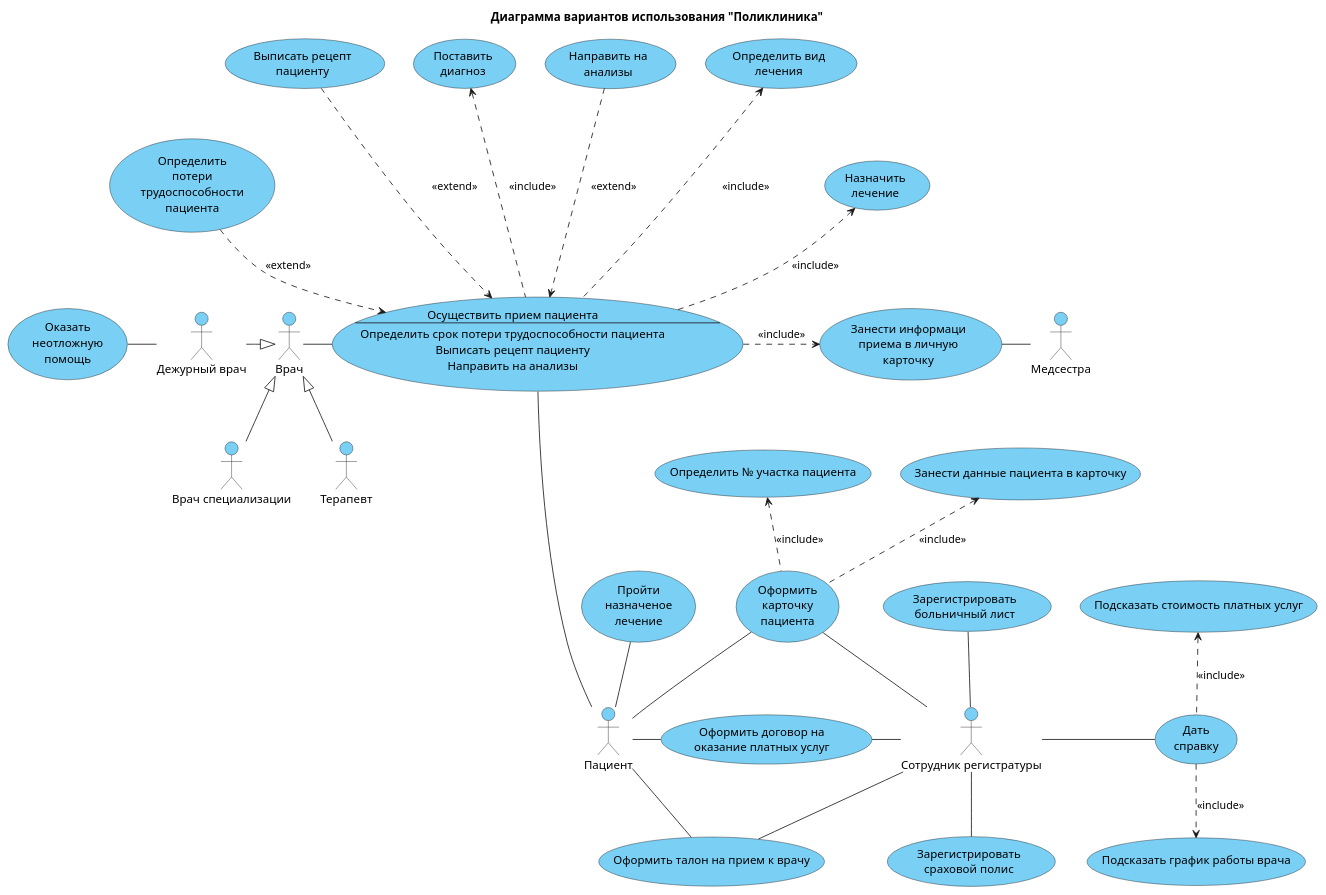
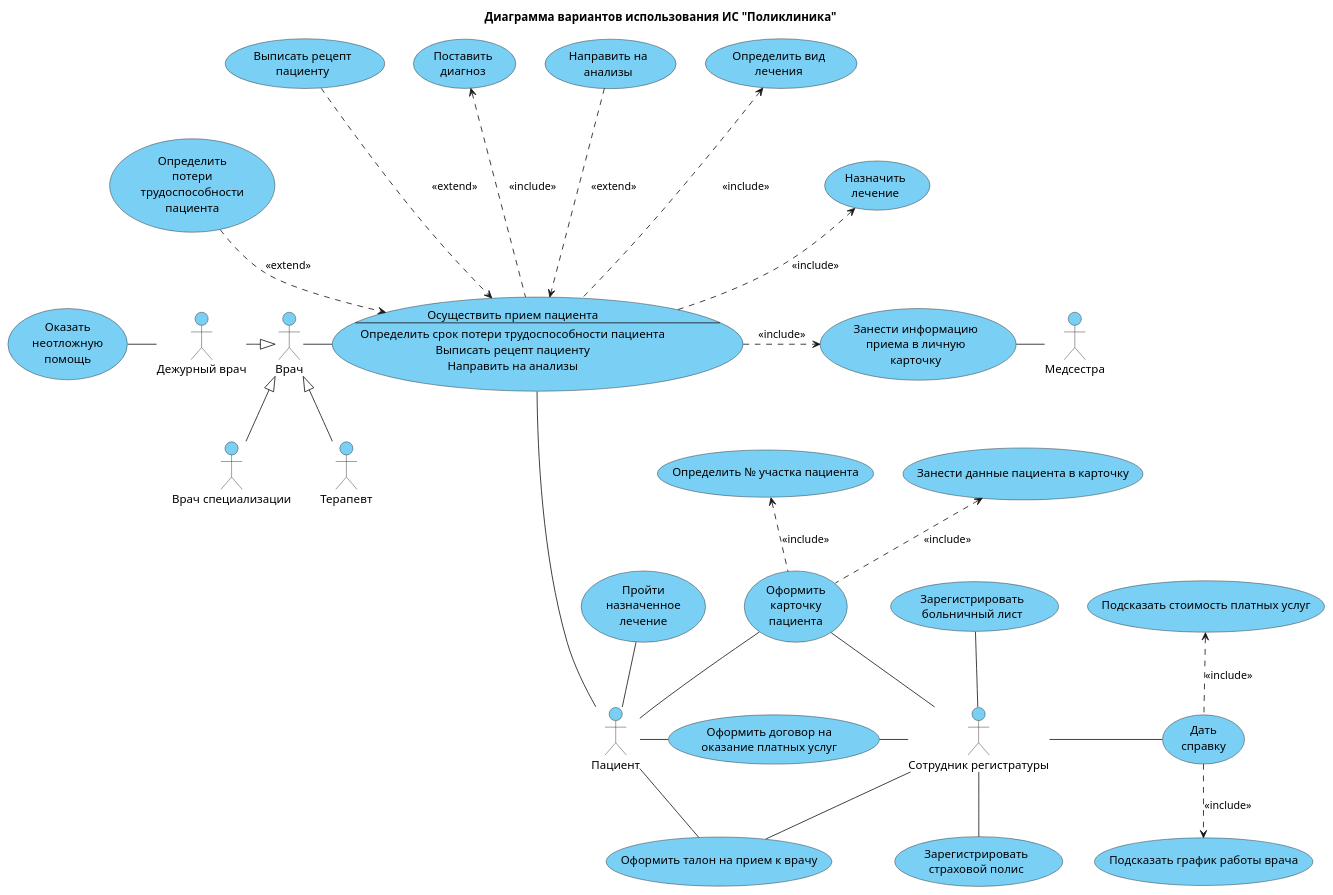
One commit to MoKlay/doc-material changed the diagram in Практикум/usecase.pu. Above: the diagram before and after it, drawn with PlantUML. The commit also changed 14 other files, not shown here.

Commit message:
диаграмма коммуникации

```diff
--- a/Практикум/usecase.pu
+++ b/Практикум/usecase.pu
@@ -1,75 +1,75 @@
 @startuml usecase
-title Диаграмма вариантов использования "Поликлиника"
+title Диаграмма вариантов использования ИС "Поликлиника"
 
 skinparam usecase {
   BackgroundColor #7acff5
 }
 skinparam actor {
   BackgroundColor #7acff5
 }
 
 actor doctor as "Врач"
 actor doctor1 as "Врач специализации"
 actor doctor2 as "Терапевт"
 actor doctor3 as "Дежурный врач"
 actor doctor4 as "Медсестра"
 actor client as "Пациент"
 actor personal as "Сотрудник регистратуры"
 
 doctor <|-- doctor1
 doctor <|-- doctor2
 doctor <|-left- doctor3
 (Оказать\nнеотложную\nпомощь) -right- doctor3
 
 usecase US1 as "
   Осуществить прием пациента
   --
   Определить срок потери трудоспособности пациента
   Выписать рецепт пациенту
   Направить на анализы
 "
 doctor -right- US1
 
-usecase US8 as "Занести информаци\nприема в личную\nкарточку"
+usecase US8 as "Занести информацию\nприема в личную\nкарточку"
 
 (Определить\nпотери\nтрудоспособности\nпациента) ..> US1:<<extend>>
 (Выписать рецепт\nпациенту) ...> US1:<<extend>>
 (Поставить\nдиагноз) <... US1:<<include>>
 (Направить на\nанализы) ...> US1:<<extend>>
 (Определить вид\nлечения) <... US1:<<include>>
 (Назначить\nлечение) <.. US1:<<include>>
 US8 <.left. US1:<<include>>
 
 US8 - doctor4
 
 US1 ---- client
 
-(Пройти\nназначеное\nлечение) -- client
+(Пройти\nназначенное\nлечение) -- client
 
 usecase US11 as "Оформить\nкарточку\nпациента"
 usecase US12 as "Оформить договор на\nоказание платных услуг"
 usecase US13 as "Оформить талон на прием к врачу"
 
 US11 -- client
 client - US12
 client -- US13
 
 
 US11 -- personal
 US12 - personal
 personal -- US13
 
 usecase US16 as "Дать\nсправку"
 
 (Зарегистрировать\nбольничный лист) -- personal
 personal - US16
-personal -- (Зарегистрировать\nсраховой полис)
+personal -- (Зарегистрировать\nстраховой полис)
 
 
 US16 ..> (Подсказать график работы врача):<<include>>
 (Подсказать стоимость платных услуг) <.. US16:<<include>>
 (Занести данные пациента в карточку) <.. US11:<<include>>
 (Определить № участка пациента) <.. US11:<<include>>
 
 
 @enduml
```
